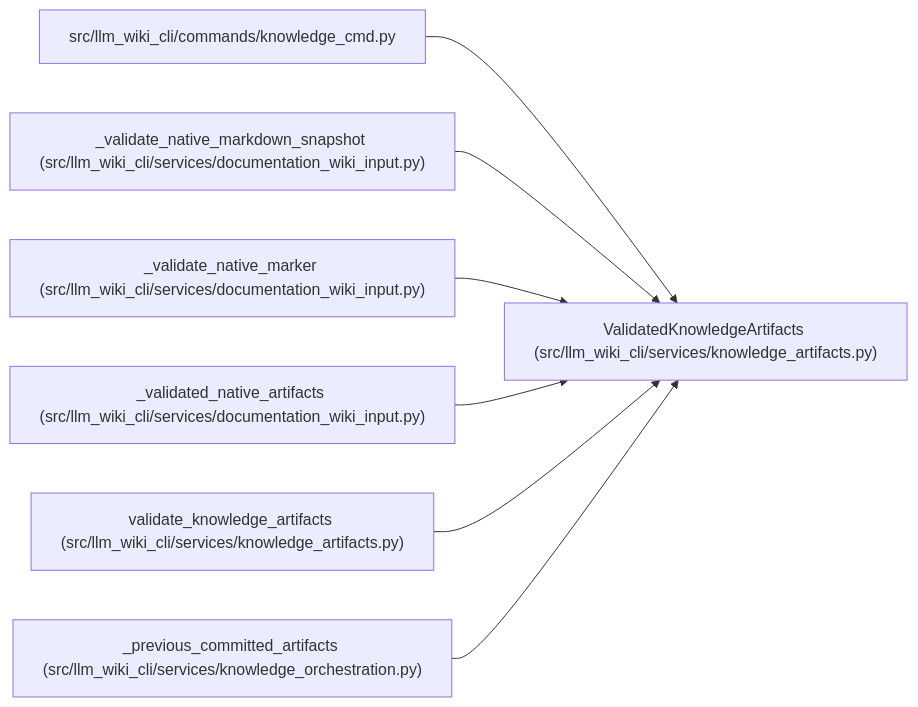
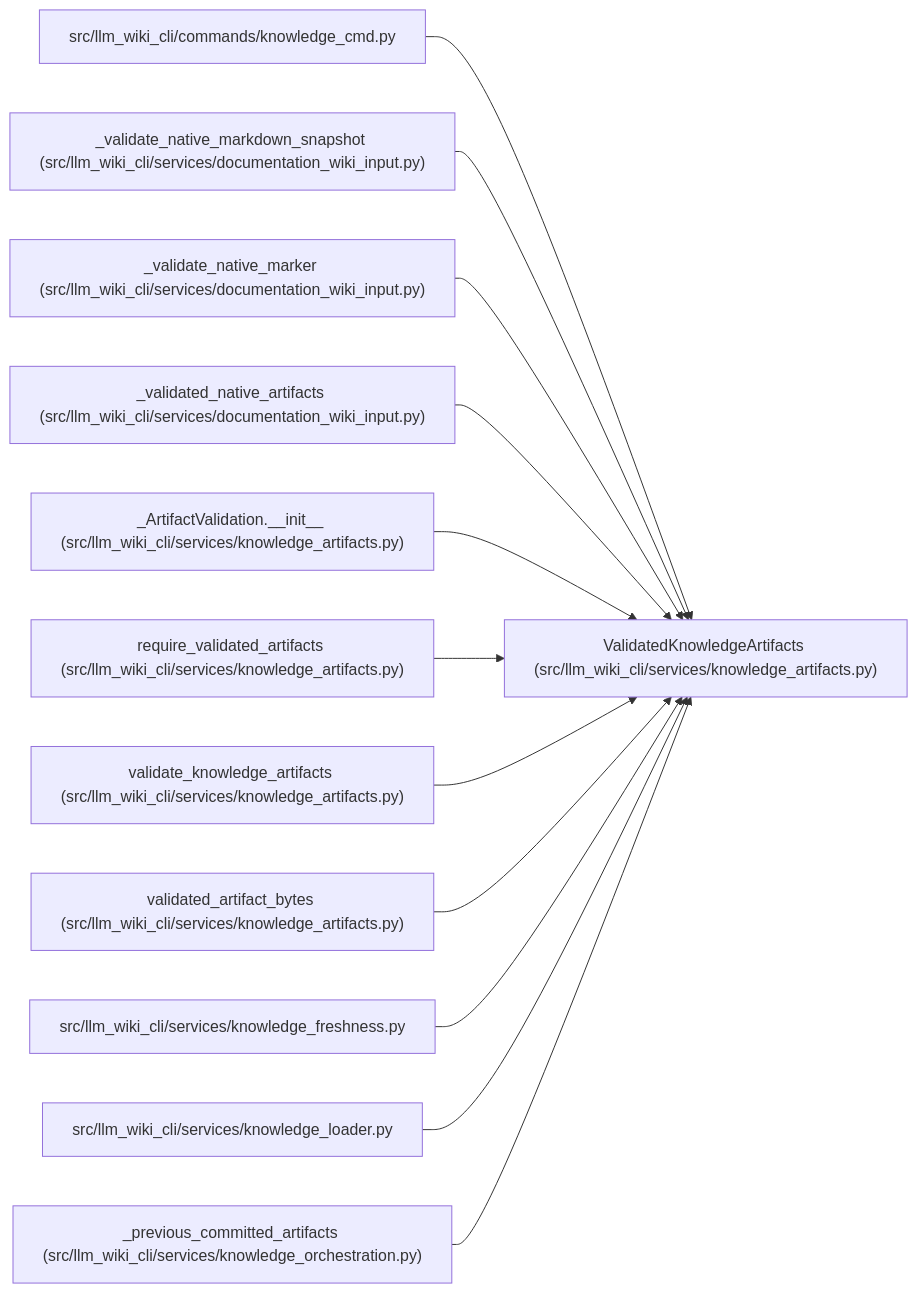
Before and after one commit to Denissvgn/python-wiki-llm: the diagram in docs/llm_wiki/entities/ValidatedKnowledgeArtifacts.md, drawn with Mermaid. The commit also changed other lines of this file and 240 other files, not shown here.

Commit message:
docs: refresh wiki for validated runtime updates

````diff
--- a/docs/llm_wiki/entities/ValidatedKnowledgeArtifacts.md
+++ b/docs/llm_wiki/entities/ValidatedKnowledgeArtifacts.md
@@ -32,23 +33,38 @@
 ```mermaid
 flowchart LR
     n0["ValidatedKnowledgeArtifacts (src/llm_wiki_cli/services/knowledge_artifacts.py)"]
     n1["src/llm_wiki_cli/commands/knowledge_cmd.py"]
     n2["_validate_native_markdown_snapshot (src/llm_wiki_cli/services/documentation_wiki_input.py)"]
     n3["_validate_native_marker (src/llm_wiki_cli/services/documentation_wiki_input.py)"]
     n4["_validated_native_artifacts (src/llm_wiki_cli/services/documentation_wiki_input.py)"]
-    n5["validate_knowledge_artifacts (src/llm_wiki_cli/services/knowledge_artifacts.py)"]
-    n6["_previous_committed_artifacts (src/llm_wiki_cli/services/knowledge_orchestration.py)"]
+    n5["_ArtifactValidation.__init__ (src/llm_wiki_cli/services/knowledge_artifacts.py)"]
+    n6["require_validated_artifacts (src/llm_wiki_cli/services/knowledge_artifacts.py)"]
+    n7["validate_knowledge_artifacts (src/llm_wiki_cli/services/knowledge_artifacts.py)"]
+    n8["validated_artifact_bytes (src/llm_wiki_cli/services/knowledge_artifacts.py)"]
+    n9["src/llm_wiki_cli/services/knowledge_freshness.py"]
+    n10["src/llm_wiki_cli/services/knowledge_loader.py"]
+    n11["_previous_committed_artifacts (src/llm_wiki_cli/services/knowledge_orchestration.py)"]
     n1 --> n0
     n2 --> n0
     n3 --> n0
     n4 --> n0
     n5 --> n0
     n6 --> n0
+    n7 --> n0
+    n8 --> n0
+    n9 --> n0
+    n10 --> n0
+    n11 --> n0
     click n0 "../modules/knowledge_artifacts.md"
     click n1 "../modules/knowledge_cmd.md"
     click n2 "../modules/documentation_wiki_input.md"
     click n3 "../modules/documentation_wiki_input.md"
     click n4 "../modules/documentation_wiki_input.md"
     click n5 "../modules/knowledge_artifacts.md"
-    click n6 "../modules/knowledge_orchestration.md"
+    click n6 "../modules/knowledge_artifacts.md"
+    click n7 "../modules/knowledge_artifacts.md"
+    click n8 "../modules/knowledge_artifacts.md"
+    click n9 "../modules/knowledge_freshness.md"
+    click n10 "../modules/knowledge_loader.md"
+    click n11 "../modules/knowledge_orchestration.md"
 ```
````
